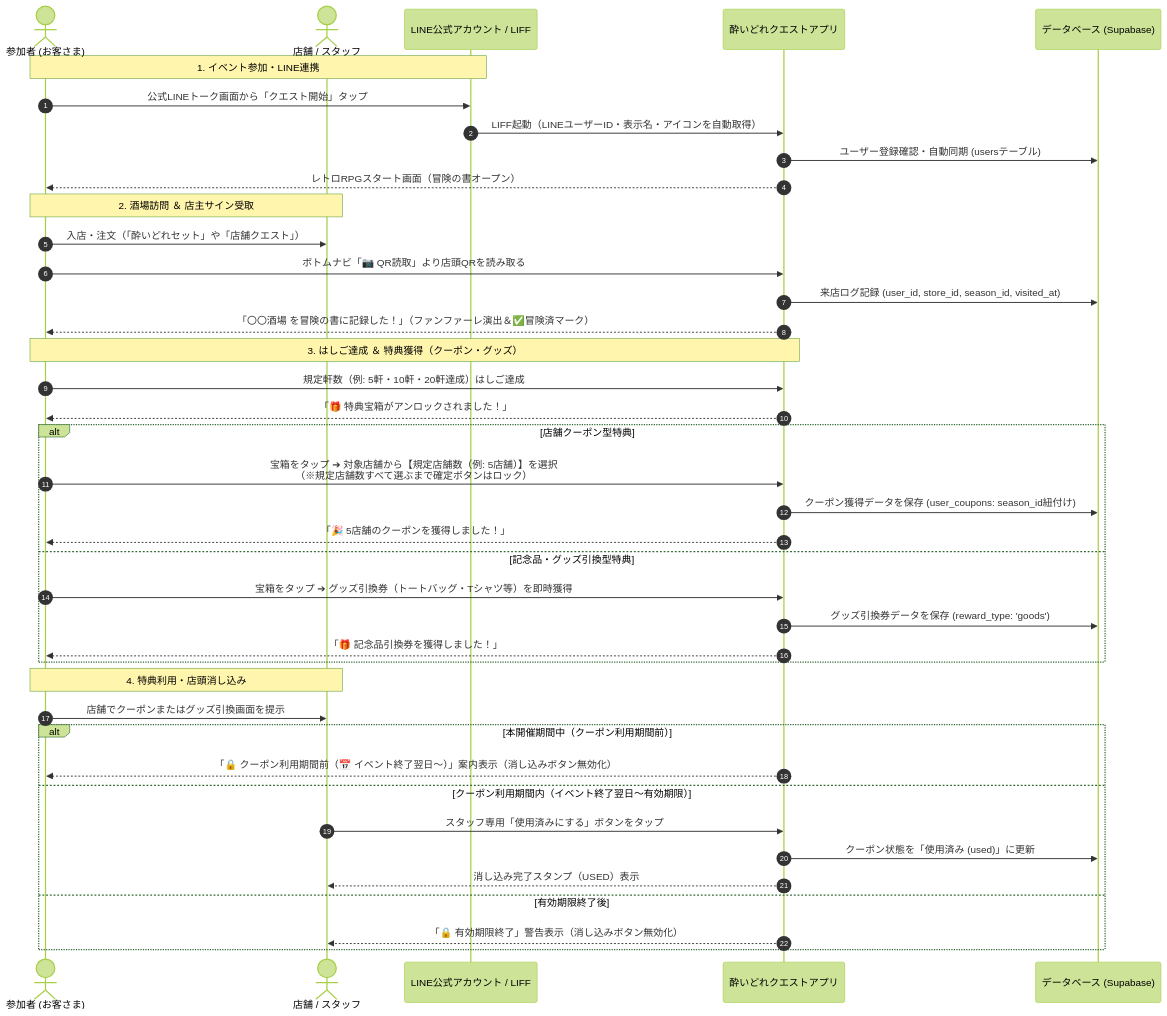
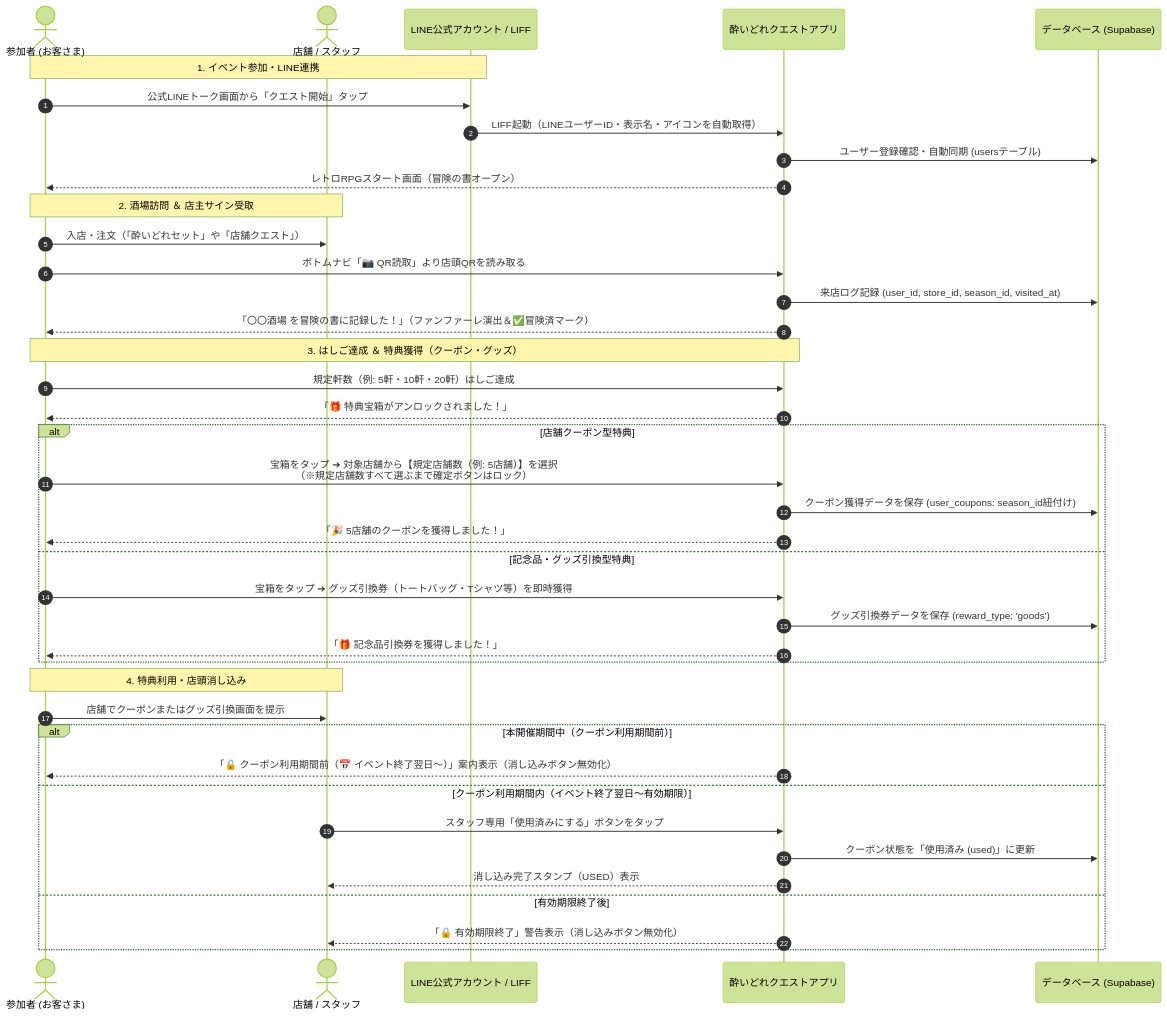
One commit to taishoyoidore-ui/yoidore-quest2 changed the second of 5 diagrams in doc/SPECIFICATION.md. Above: the diagram before and after it, drawn with Mermaid (forest theme). The commit also changed other lines of this file and 6 other files, not shown here.

````diff
--- a/doc/SPECIFICATION.md
+++ b/doc/SPECIFICATION.md
@@ -69,46 +69,46 @@
 ```mermaid
 sequenceDiagram
     autonumber
     actor User as 参加者 (お客さま)
     actor Shop as 店舗 / スタッフ
     participant LINE as LINE公式アカウント / LIFF
     participant App as 酔いどれクエストアプリ
     participant DB as データベース (Supabase)
 
     Note over User, LINE: 1. イベント参加・LINE連携
     User->>LINE: 公式LINEトーク画面から「クエスト開始」タップ
     LINE->>App: LIFF起動（LINEユーザーID・表示名・アイコンを自動取得）
     App->>DB: ユーザー登録確認・自動同期 (usersテーブル)
     App-->>User: レトロRPGスタート画面（冒険の書オープン）
 
     Note over User, Shop: 2. 酒場訪問 ＆ 店主サイン受取
     User->>Shop: 入店・注文（「酔いどれセット」や「店舗クエスト」）
     User->>App: ボトムナビ「📷 QR読取」より店頭QRを読み取る
     App->>DB: 来店ログ記録 (user_id, store_id, season_id, visited_at)
     App-->>User: 「〇〇酒場 を冒険の書に記録した！」（ファンファーレ演出＆✅冒険済マーク）
 
     Note over User, App: 3. はしご達成 ＆ 特典獲得（クーポン・グッズ）
-    User->>App: 規定軒数（例: 5軒・10軒・20軒達成）はしご達成
+    User->>App: 規定軒数（例: 5軒・10軒・20軒）はしご達成
     App-->>User: 「🎁 特典宝箱がアンロックされました！」
     alt 店舗クーポン型特典
         User->>App: 宝箱をタップ ➔ 対象店舗から【規定店舗数（例: 5店舗）】を選択<br/>（※規定店舗数すべて選ぶまで確定ボタンはロック）
         App->>DB: クーポン獲得データを保存 (user_coupons: season_id紐付け)
         App-->>User: 「🎉 5店舗のクーポンを獲得しました！」
     else 記念品・グッズ引換型特典
         User->>App: 宝箱をタップ ➔ グッズ引換券（トートバッグ・Tシャツ等）を即時獲得
         App->>DB: グッズ引換券データを保存 (reward_type: 'goods')
         App-->>User: 「🎁 記念品引換券を獲得しました！」
     end
 
     Note over User, Shop: 4. 特典利用・店頭消し込み
     User->>Shop: 店舗でクーポンまたはグッズ引換画面を提示
     alt 本開催期間中（クーポン利用期間前）
         App-->>User: 「🔒 クーポン利用期間前（📅 イベント終了翌日〜）」案内表示（消し込みボタン無効化）
     else クーポン利用期間内（イベント終了翌日〜有効期限）
         Shop->>App: スタッフ専用「使用済みにする」ボタンをタップ
         App->>DB: クーポン状態を「使用済み (used)」に更新
         App-->>Shop: 消し込み完了スタンプ（USED）表示
     else 有効期限終了後
         App-->>Shop: 「🔒 有効期限終了」警告表示（消し込みボタン無効化）
     end
 ```
````
